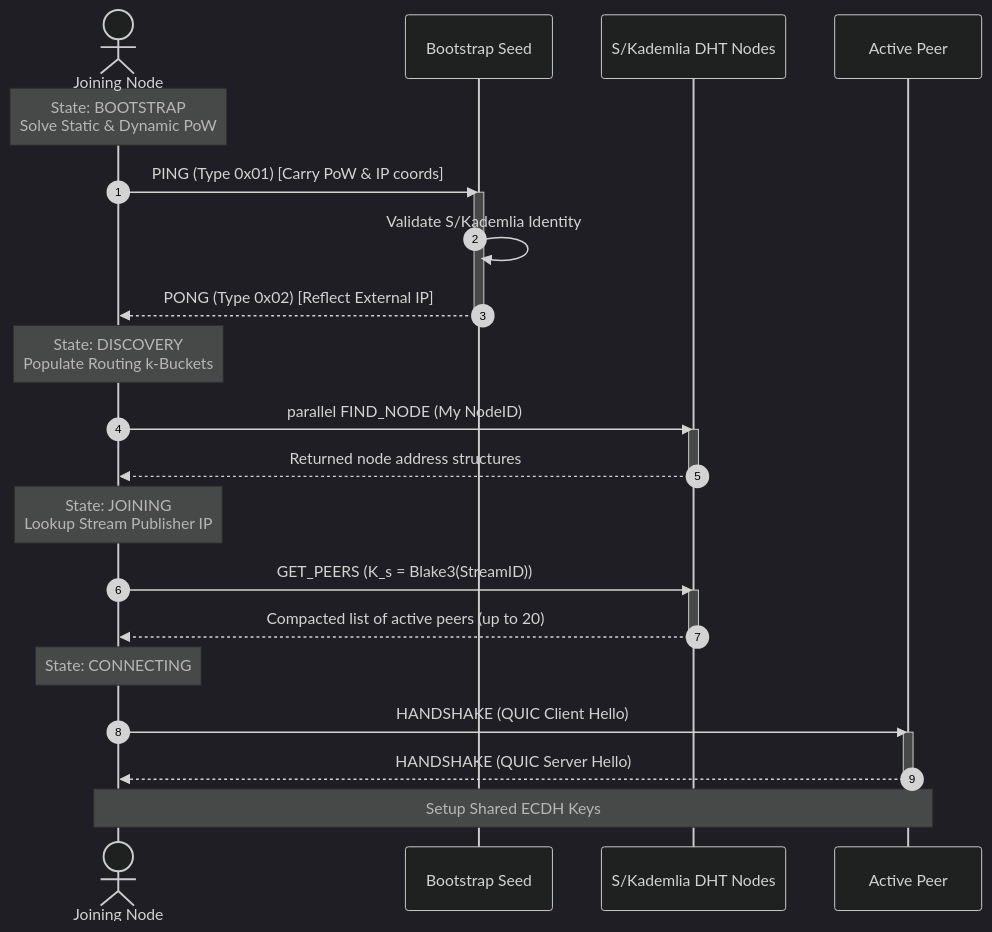
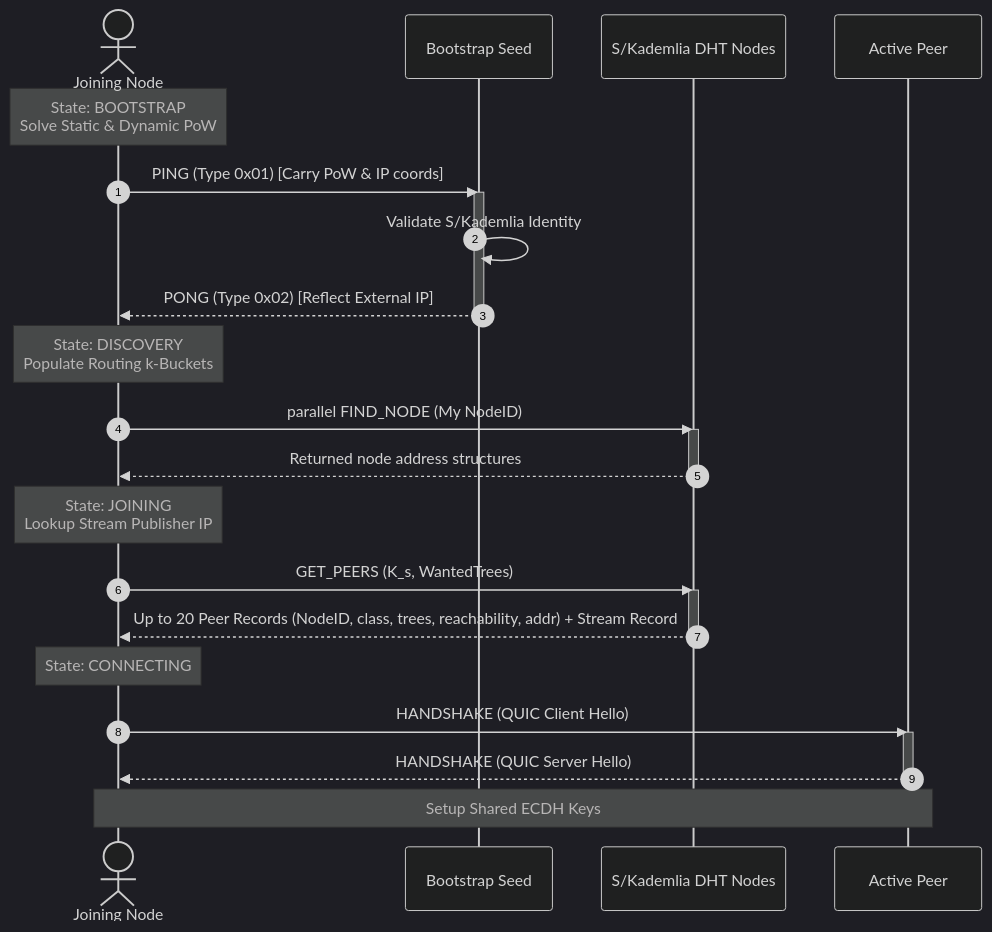
Before and after one commit to memetrusidovski/P2P-Live-Video: the first of 4 diagrams in protocol/appendix_a_sequence_diagrams.md, drawn with Mermaid. The commit also changed other lines of this file and 124 other files, not shown here.

````diff
--- a/protocol/appendix_a_sequence_diagrams.md
+++ b/protocol/appendix_a_sequence_diagrams.md
@@ -11,35 +11,35 @@
 ```mermaid
 %%{init: {'theme': 'dark'}}%%
 sequenceDiagram
     autonumber
     actor User as Joining Node
     participant Seed as Bootstrap Seed
     participant DHT as S/Kademlia DHT Nodes
     participant Peer as Active Peer
 
     Note over User: State: BOOTSTRAP<br/>Solve Static & Dynamic PoW
     User->>Seed: PING (Type 0x01) [Carry PoW & IP coords]
     activate Seed
     Seed->>Seed: Validate S/Kademlia Identity
     Seed-->>User: PONG (Type 0x02) [Reflect External IP]
     deactivate Seed
     
     Note over User: State: DISCOVERY<br/>Populate Routing k-Buckets
     User->>DHT: parallel FIND_NODE (My NodeID)
     activate DHT
     DHT-->>User: Returned node address structures
     deactivate DHT
 
     Note over User: State: JOINING<br/>Lookup Stream Publisher IP
-    User->>DHT: GET_PEERS (K_s = Blake3(StreamID))
+    User->>DHT: GET_PEERS (K_s, WantedTrees)
     activate DHT
-    DHT-->>User: Compacted list of active peers (up to 20)
+    DHT-->>User: Up to 20 Peer Records (NodeID, class, trees, reachability, addr) + Stream Record
     deactivate DHT
 
     Note over User: State: CONNECTING
     User->>Peer: HANDSHAKE (QUIC Client Hello)
     activate Peer
     Peer-->>User: HANDSHAKE (QUIC Server Hello)
     deactivate Peer
     Note over User, Peer: Setup Shared ECDH Keys
 ```
````
